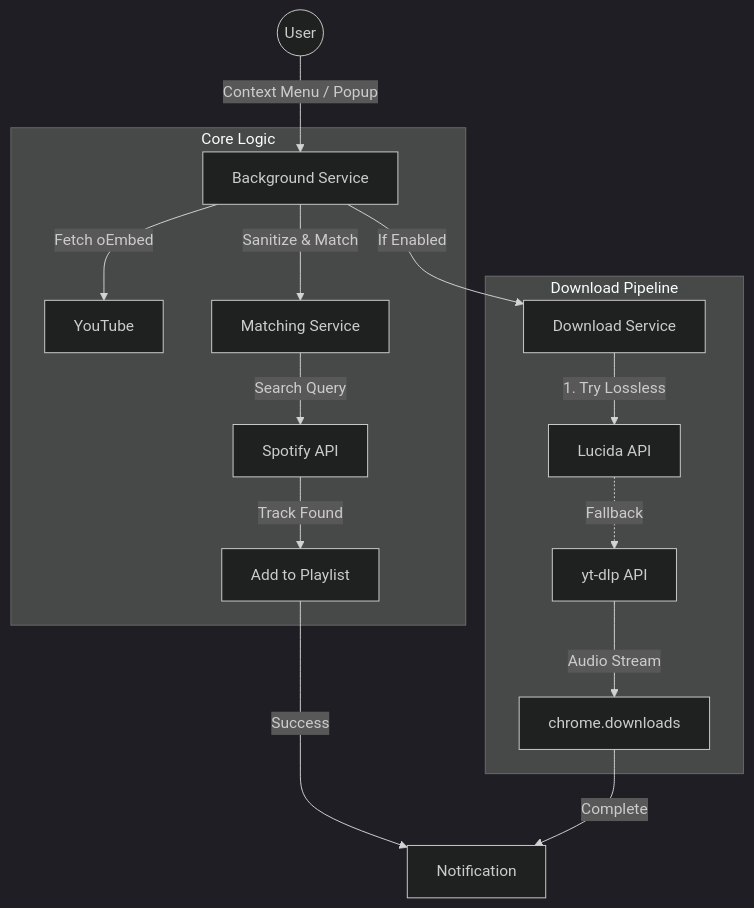
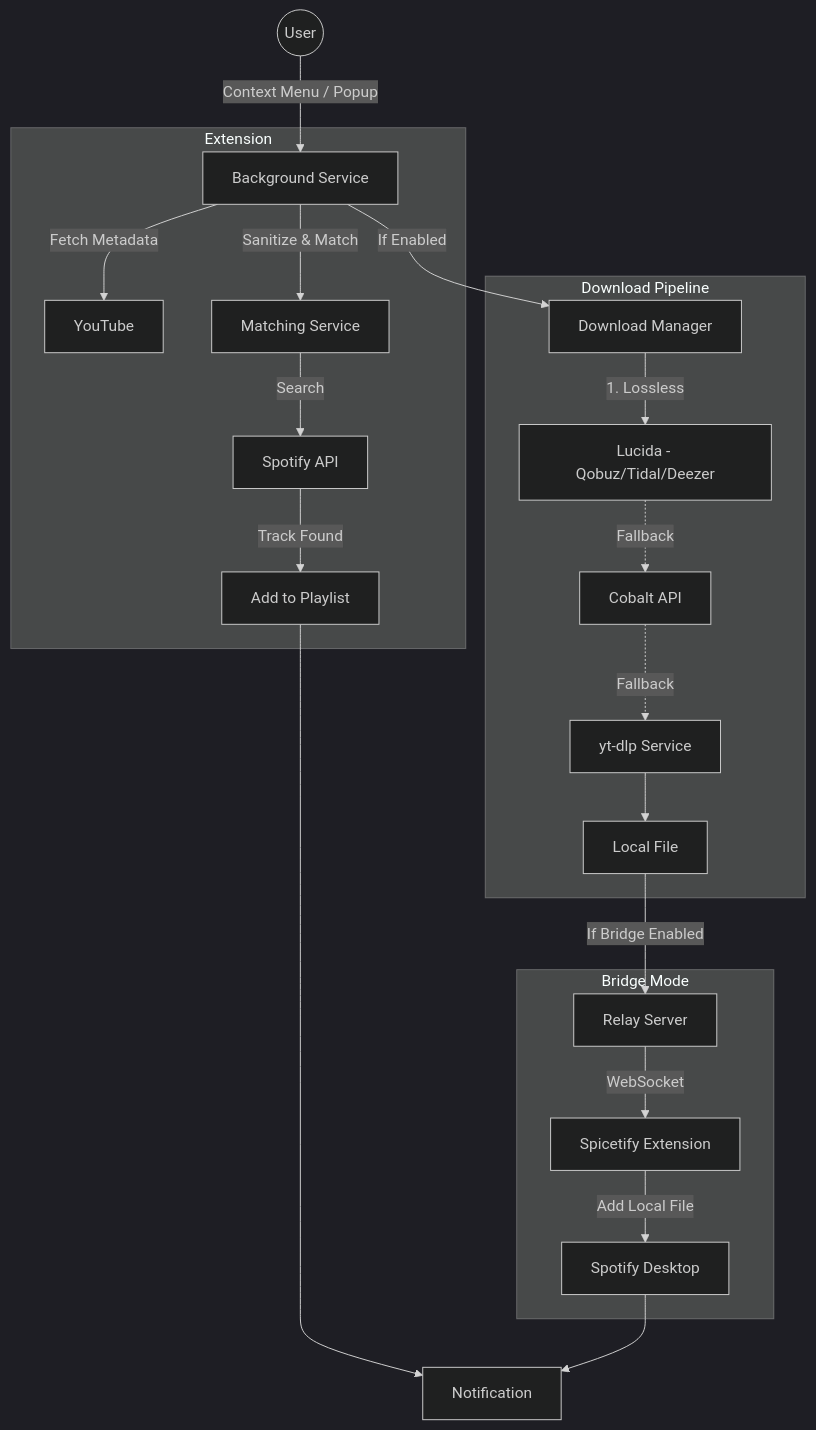
Before and after one commit to Microck/tuneport: the diagram in README.md, drawn with Mermaid (dark theme). The commit also changed other lines of this file, not shown here.

Commit message:
update architecture diagram, troubleshooting, add legal disclaimer

````diff
--- a/README.md
+++ b/README.md
@@ -138,21 +138,28 @@
 ```mermaid
 graph TD
     User((User)) -->|Context Menu / Popup| BG[Background Service]
     
-    subgraph Core Logic
-    BG -->|Fetch oEmbed| YT[YouTube]
-    BG -->|Sanitize & Match| Match[Matching Service]
-    Match -->|Search Query| SpotAPI[Spotify API]
-    SpotAPI -->|Track Found| Add[Add to Playlist]
+    subgraph Extension
+        BG -->|Fetch Metadata| YT[YouTube]
+        BG -->|Sanitize & Match| Match[Matching Service]
+        Match -->|Search| SpotAPI[Spotify API]
+        SpotAPI -->|Track Found| Add[Add to Playlist]
     end
     
     subgraph Download Pipeline
-    BG -->|If Enabled| DL[Download Service]
-    DL -->|1. Try Lossless| Lucida[Lucida API]
-    Lucida -.->|Fallback| YtDlp[yt-dlp API]
-    YtDlp -->|Audio Stream| Disk[chrome.downloads]
+        BG -->|If Enabled| DL[Download Manager]
+        DL -->|1. Lossless| Lucida[Lucida - Qobuz/Tidal/Deezer]
+        Lucida -.->|Fallback| Cobalt[Cobalt API]
+        Cobalt -.->|Fallback| YtDlp[yt-dlp Service]
+        YtDlp --> Disk[Local File]
     end
     
-    Add -->|Success| Notify[Notification]
-    Disk -->|Complete| Notify
+    subgraph Bridge Mode
+        Disk -->|If Bridge Enabled| Relay[Relay Server]
+        Relay -->|WebSocket| Spicetify[Spicetify Extension]
+        Spicetify -->|Add Local File| SpotDesktop[Spotify Desktop]
+    end
+    
+    Add --> Notify[Notification]
+    SpotDesktop --> Notify
 ```
````
